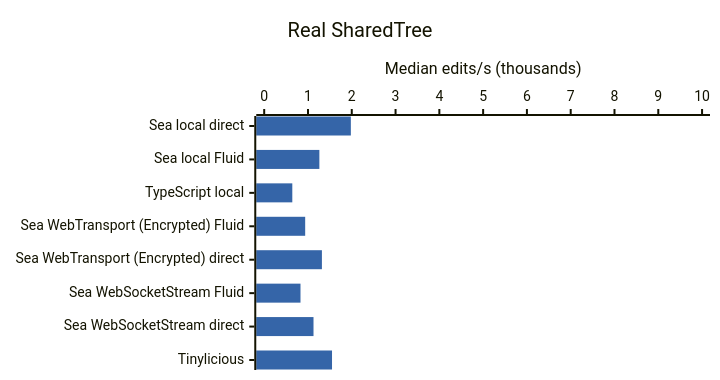
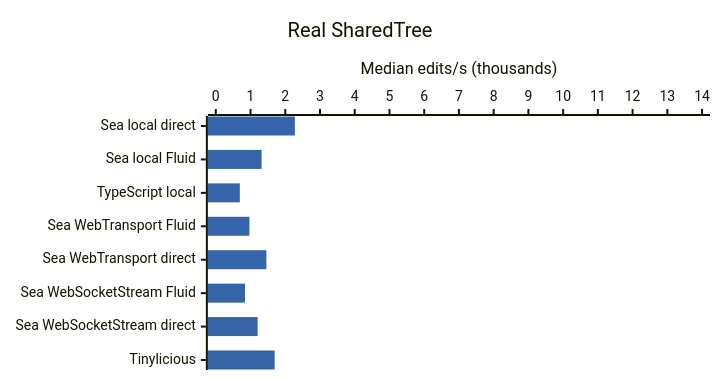
Before and after one commit to microsoft/FluidFramework: the sixth of 6 diagrams in rust-service/historical/PROJECT_OVERVIEW.md, drawn with Mermaid. The commit also changed other lines of this file and 4 other files, not shown here.

````diff
--- a/rust-service/historical/PROJECT_OVERVIEW.md
+++ b/rust-service/historical/PROJECT_OVERVIEW.md
@@ -366,15 +277,15 @@
 ```mermaid
 ---
 config:
   xyChart:
     height: 360
   themeVariables:
     xyChart:
       plotColorPalette: "#3565a8"
 ---
 xychart-beta horizontal
   title "Real SharedTree"
-  x-axis ["Sea local direct", "Sea local Fluid", "TypeScript local", "Sea WebTransport (Encrypted) Fluid", "Sea WebTransport (Encrypted) direct", "Sea WebSocketStream Fluid", "Sea WebSocketStream direct", "Tinylicious"]
-  y-axis "Median edits/s (thousands)" 0 --> 10
-  bar [1.979, 1.260, 0.642, 0.936, 1.318, 0.829, 1.126, 1.549]
+  x-axis ["Sea local direct", "Sea local Fluid", "TypeScript local", "Sea WebTransport Fluid", "Sea WebTransport direct", "Sea WebSocketStream Fluid", "Sea WebSocketStream direct", "Tinylicious"]
+  y-axis "Median edits/s (thousands)" 0 --> 14
+  bar [2.276, 1.319, 0.691, 0.968, 1.457, 0.841, 1.204, 1.694]
 ```
````
